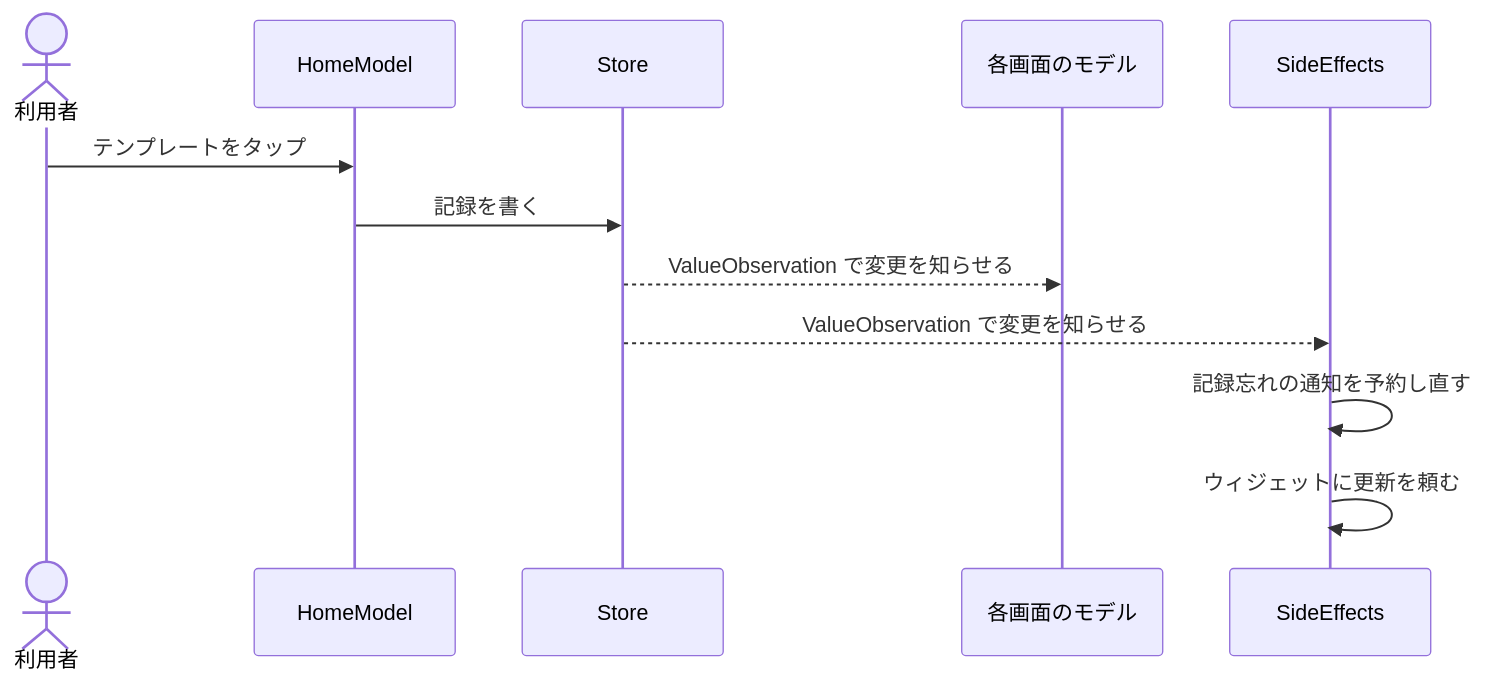
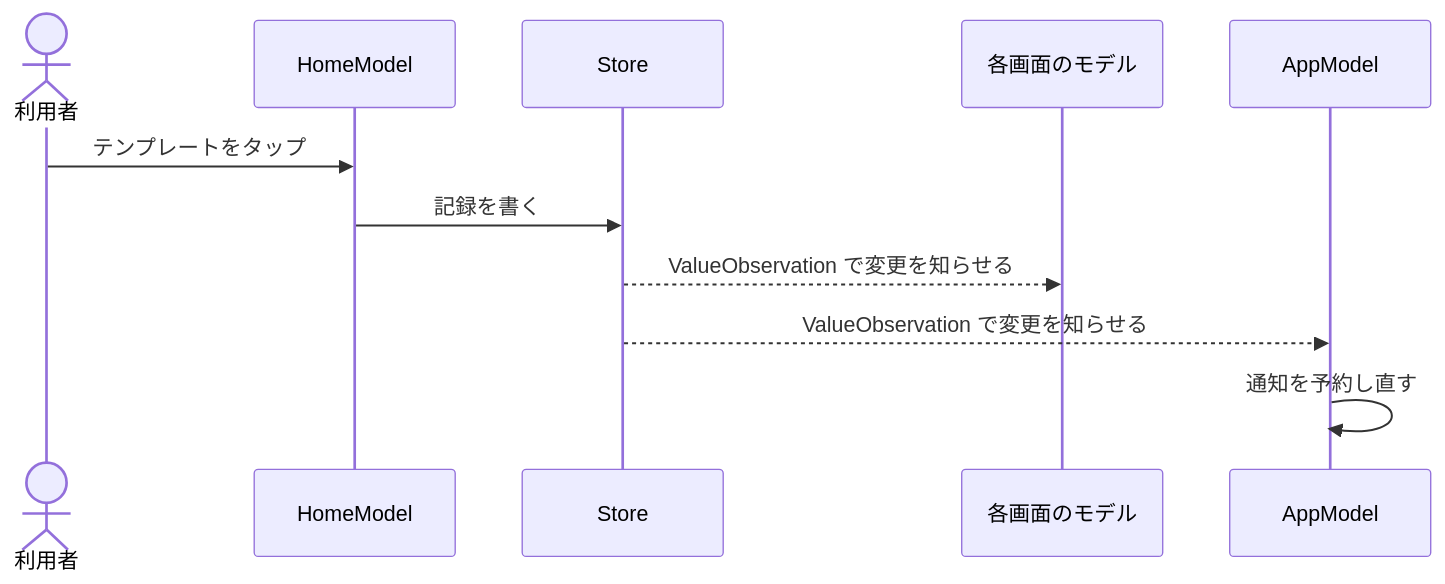
One commit to yossibank/kakeibot changed the second of 2 diagrams in docs/architecture.md. Above: the diagram before and after it, drawn with Mermaid. The commit also changed other lines of this file and 24 other files, not shown here.

````diff
--- a/docs/architecture.md
+++ b/docs/architecture.md
@@ -257,15 +263,14 @@
 ```mermaid
 sequenceDiagram
     actor U as 利用者
     participant HM as HomeModel
     participant S as Store
     participant M as 各画面のモデル
-    participant SE as SideEffects
+    participant AM as AppModel
 
     U->>HM: テンプレートをタップ
     HM->>S: 記録を書く
     S-->>M: ValueObservation で変更を知らせる
-    S-->>SE: ValueObservation で変更を知らせる
-    SE->>SE: 記録忘れの通知を予約し直す
-    SE->>SE: ウィジェットに更新を頼む
+    S-->>AM: ValueObservation で変更を知らせる
+    AM->>AM: 通知を予約し直す
 ```
````
